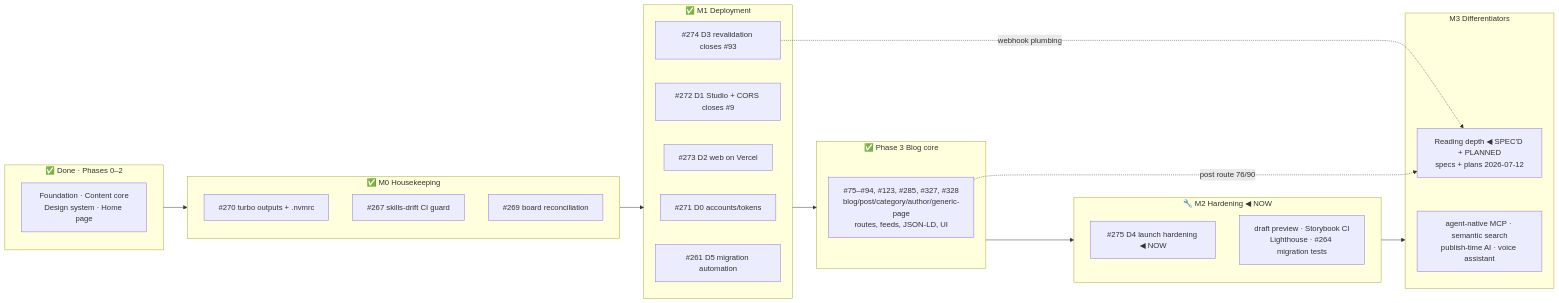
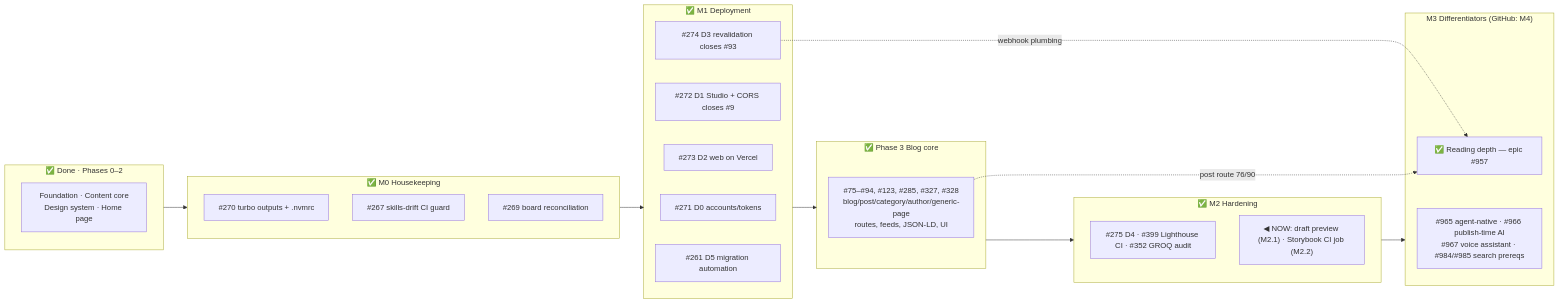
Before and after one commit to ValOvinnikov/blog: the diagram in docs/BACKLOG.md, drawn with Mermaid. The commit also changed other lines of this file and 18 other files, not shown here.

````diff
--- a/docs/BACKLOG.md
+++ b/docs/BACKLOG.md
@@ -26,32 +32,32 @@
 ```mermaid
 flowchart LR
   subgraph DONE["✅ Done · Phases 0–2"]
     F[Foundation · Content core<br/>Design system · Home page]
   end
   subgraph M0["✅ M0 Housekeeping"]
     M03["#270 turbo outputs + .nvmrc"]
     M02["#267 skills-drift CI guard"]
     M01["#269 board reconciliation"]
   end
   subgraph M1["✅ M1 Deployment"]
     M11["#271 D0 accounts/tokens"]
     M12["#272 D1 Studio + CORS closes #9"]
     M13["#273 D2 web on Vercel"]
     M14["#274 D3 revalidation closes #93"]
     M16["#261 D5 migration automation"]
   end
   subgraph P3["✅ Phase 3 Blog core"]
     P3a["#75–#94, #123, #285, #327, #328<br/>blog/post/category/author/generic-page<br/>routes, feeds, JSON-LD, UI"]
   end
-  subgraph M2["🔧 M2 Hardening ◀ NOW"]
-    M21["#275 D4 launch hardening ◀ NOW"]
-    M22["draft preview · Storybook CI<br/>Lighthouse · #264 migration tests"]
+  subgraph M2["✅ M2 Hardening"]
+    M21["#275 D4 · #399 Lighthouse CI · #352 GROQ audit"]
+    M22["◀ NOW: draft preview (M2.1) · Storybook CI job (M2.2)"]
   end
-  subgraph M3["M3 Differentiators"]
-    M33["Reading depth ◀ SPEC'D + PLANNED<br/>specs + plans 2026-07-12"]
-    M31["agent-native MCP · semantic search<br/>publish-time AI · voice assistant"]
+  subgraph M3["M3 Differentiators (GitHub: M4)"]
+    M33["✅ Reading depth — epic #957"]
+    M31["#965 agent-native · #966 publish-time AI<br/>#967 voice assistant · #984/#985 search prereqs"]
   end
   DONE --> M0 --> M1 --> P3 --> M2 --> M3
   M14 -.->|webhook plumbing| M33
   P3a -.->|post route 76/90| M33
 ```
````
